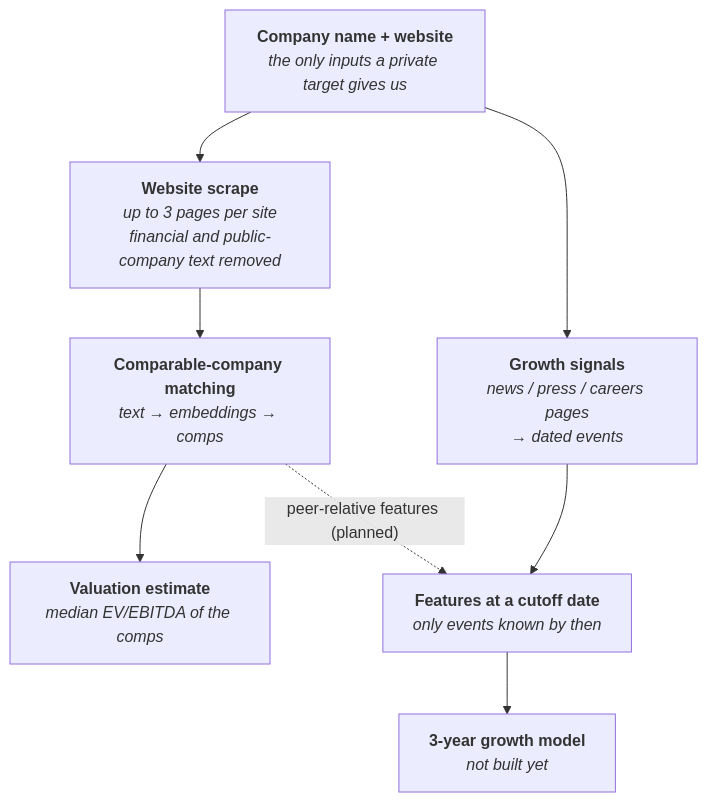
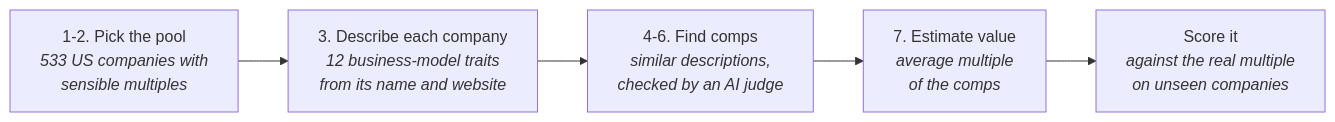
Before and after one commit to Qual2Cast/Qual2Cast: the diagram in README.md, drawn with Mermaid. The commit also changed other lines of this file and 88 other files, not shown here.

````diff
--- a/README.md
+++ b/README.md
@@ -108,13 +23,9 @@
 ```mermaid
-flowchart TD
-    A["<b>Company name + website</b><br/><i>the only inputs a private target gives us</i>"]
-    B["<b>Website scrape</b><br/><i>up to 3 pages per site<br/>financial and public-company text removed</i>"]
-    C["<b>Comparable-company matching</b><br/><i>text → embeddings → comps</i>"]
-    D["<b>Valuation estimate</b><br/><i>median EV/EBITDA of the comps</i>"]
-    E["<b>Growth signals</b><br/><i>news / press / careers pages<br/>→ dated events</i>"]
-    F["<b>Features at a cutoff date</b><br/><i>only events known by then</i>"]
-    G["<b>3-year growth model</b><br/><i>not built yet</i>"]
-    A --> B --> C --> D
-    A --> E --> F --> G
-    C -. "peer-relative features (planned)" .-> F
+flowchart LR
+    A["1-2. Pick the pool<br/><i>533 US companies with<br/>sensible multiples</i>"]
+    B["3. Describe each company<br/><i>12 business-model traits<br/>from its name and website</i>"]
+    C["4-6. Find comps<br/><i>similar descriptions,<br/>checked by an AI judge</i>"]
+    D["7. Estimate value<br/><i>average multiple<br/>of the comps</i>"]
+    E["Score it<br/><i>against the real multiple<br/>on unseen companies</i>"]
+    A --> B --> C --> D --> E
 ```
````
